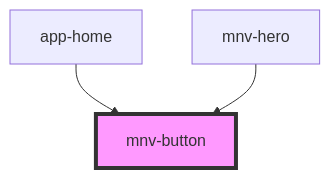
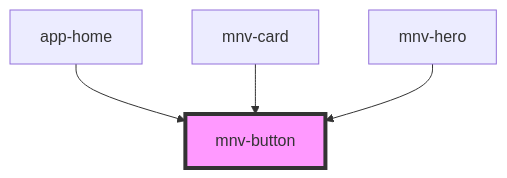
Before and after one commit to rafaela-vairo/ufrj-sustainable: the diagram in src/components/inputs/mnv-button/readme.md, drawn with Mermaid. The commit also changed other lines of this file and 25 other files, not shown here.

````diff
--- a/src/components/inputs/mnv-button/readme.md
+++ b/src/components/inputs/mnv-button/readme.md
@@ -27,6 +29,7 @@
 ```mermaid
 graph TD;
   app-home --> mnv-button
+  mnv-card --> mnv-button
   mnv-hero --> mnv-button
   style mnv-button fill:#f9f,stroke:#333,stroke-width:4px
 ```
````
